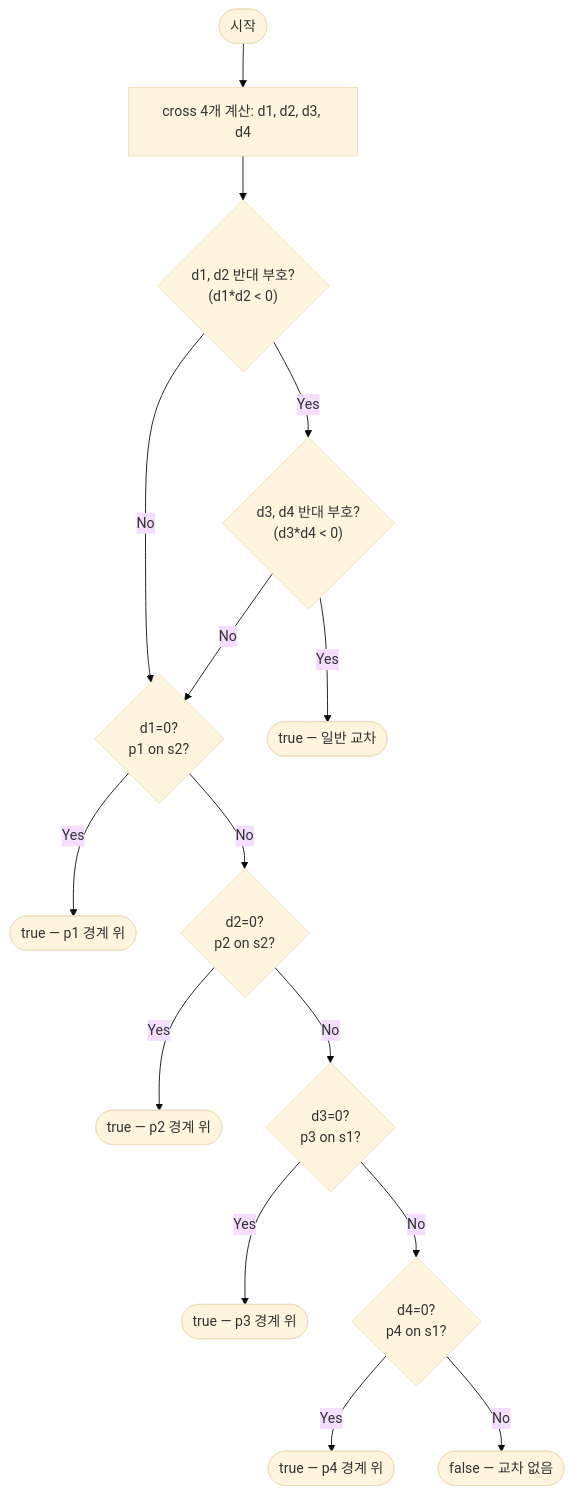
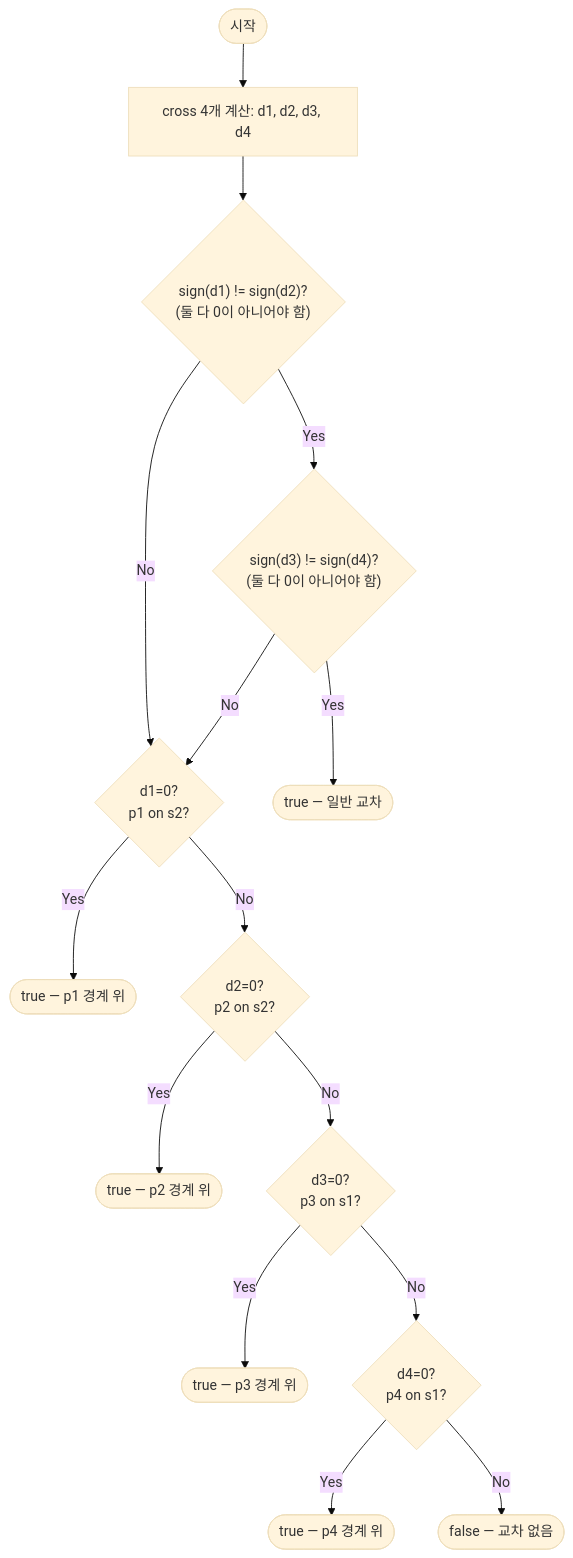
Before and after one commit to centurio1987/grow-up-programming: the diagram in src/algorithms/geometry/segmentsIntersect/segmentsIntersect-guide.mdx, drawn with Mermaid (base theme). The commit also changed other lines of this file and 14 other files, not shown here.

````diff
--- a/src/algorithms/geometry/segmentsIntersect/segmentsIntersect-guide.mdx
+++ b/src/algorithms/geometry/segmentsIntersect/segmentsIntersect-guide.mdx
@@ -249,17 +338,17 @@
 ```mermaid
 flowchart TD
     A([시작]) --> B["cross 4개 계산: d1, d2, d3, d4"]
-    B --> C{"d1, d2 반대 부호?\n(d1*d2 < 0)"}
-    C -->|No| D{"d1=0?\np1 on s2?"}
-    C -->|Yes| E{"d3, d4 반대 부호?\n(d3*d4 < 0)"}
+    B --> C{"sign(d1) != sign(d2)?<br/>(둘 다 0이 아니어야 함)"}
+    C -->|No| D{"d1=0?<br/>p1 on s2?"}
+    C -->|Yes| E{"sign(d3) != sign(d4)?<br/>(둘 다 0이 아니어야 함)"}
     E -->|Yes| Z1([true — 일반 교차])
     E -->|No| D
     D -->|Yes| Z2([true — p1 경계 위])
-    D -->|No| F{"d2=0?\np2 on s2?"}
+    D -->|No| F{"d2=0?<br/>p2 on s2?"}
     F -->|Yes| Z3([true — p2 경계 위])
-    F -->|No| G{"d3=0?\np3 on s1?"}
+    F -->|No| G{"d3=0?<br/>p3 on s1?"}
     G -->|Yes| Z4([true — p3 경계 위])
-    G -->|No| H{"d4=0?\np4 on s1?"}
+    G -->|No| H{"d4=0?<br/>p4 on s1?"}
     H -->|Yes| Z5([true — p4 경계 위])
     H -->|No| Z6([false — 교차 없음])
 ```
````
